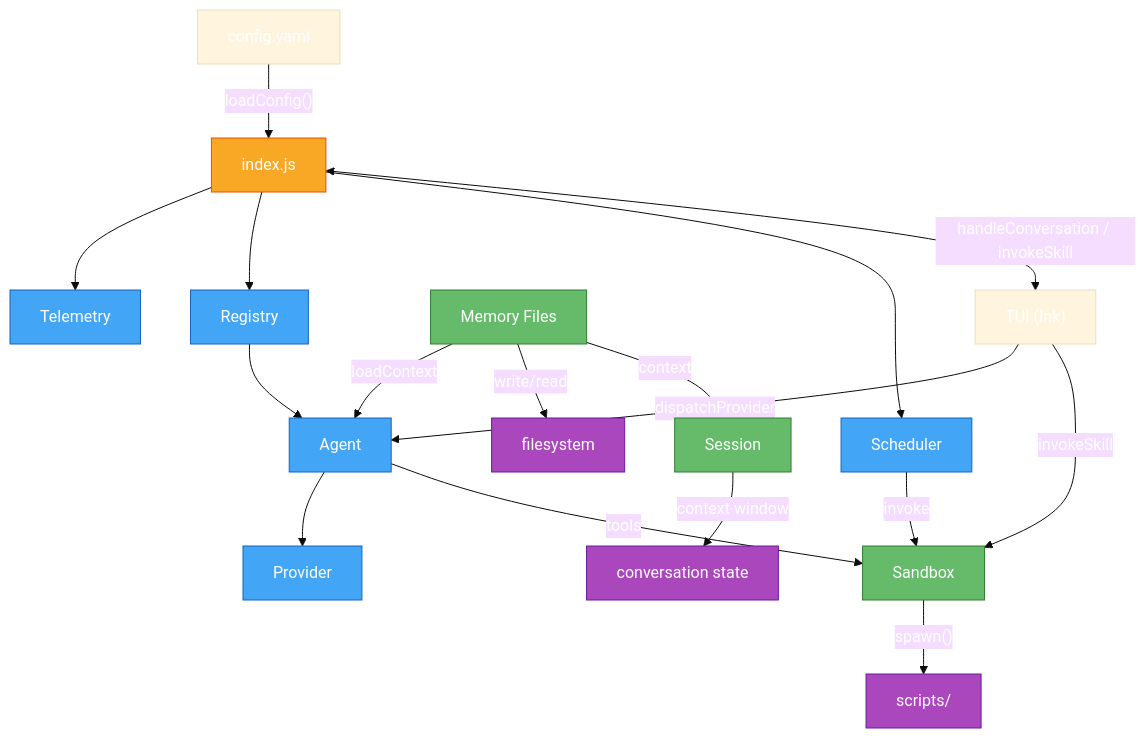
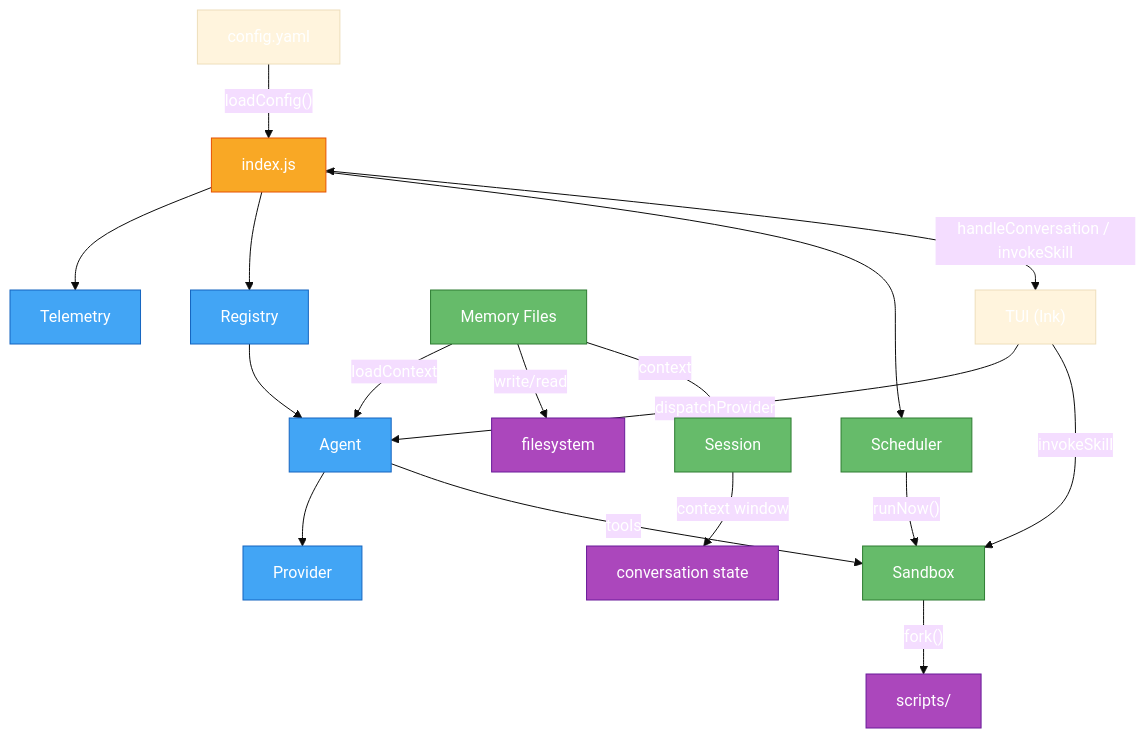
One commit to avoidwork/madz changed the diagram in docs/OVERVIEW.md. Above: the diagram before and after it, drawn with Mermaid (base theme). The commit also changed other lines of this file and 10 other files, not shown here.

````diff
--- a/docs/OVERVIEW.md
+++ b/docs/OVERVIEW.md
@@ -9,27 +9,27 @@
 ```mermaid
 graph TD
     C["config.yaml"] -->|"loadConfig()"| I["index.js"]
     I --> T["Telemetry"]
     I --> R["Registry"]
     I --> S["Scheduler"]
     R --> A["Agent"]
     A --> P["Provider"]
     A -->|"tools"| SB["Sandbox"]
-    S -->|"invoke"| SB
-    SB -->|"spawn()"| SK["scripts/"]
+    S -->|"runNow()"| SB
+    SB -->|"fork()"| SK["scripts/"]
     TM["Memory Files"] -->|"loadContext"| A
     TM -->|write/read| FS["filesystem"]
     TM -->|context| SE["Session"]
     SE -->|context window| CW["conversation state"]
     UI["TUI (Ink)"] -->|"dispatchProvider"| A
     UI -->|"invokeSkill"| SB
     I <-->|handleConversation / invokeSkill| UI
     classDef root fill:#f9a825,color:#fff,stroke:#e65100
     classDef core fill:#42a5f5,color:#fff,stroke:#1565c0
     classDef util fill:#66bb6a,color:#fff,stroke:#2e7d32
     classDef ext fill:#ab47bc,color:#fff,stroke:#6a1b9a
     class I root
-    class A,P,T,R,S core
-    class TM,SE,SB util
+    class A,P,T,R core
+    class S,TM,SE,SB util
     class SK,CW,FS ext
 ```
````
